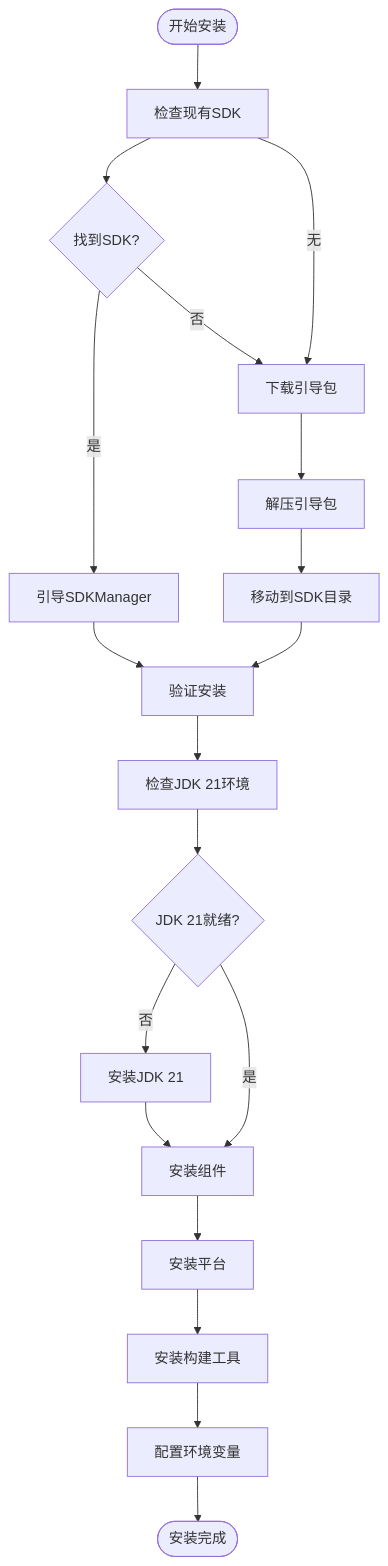
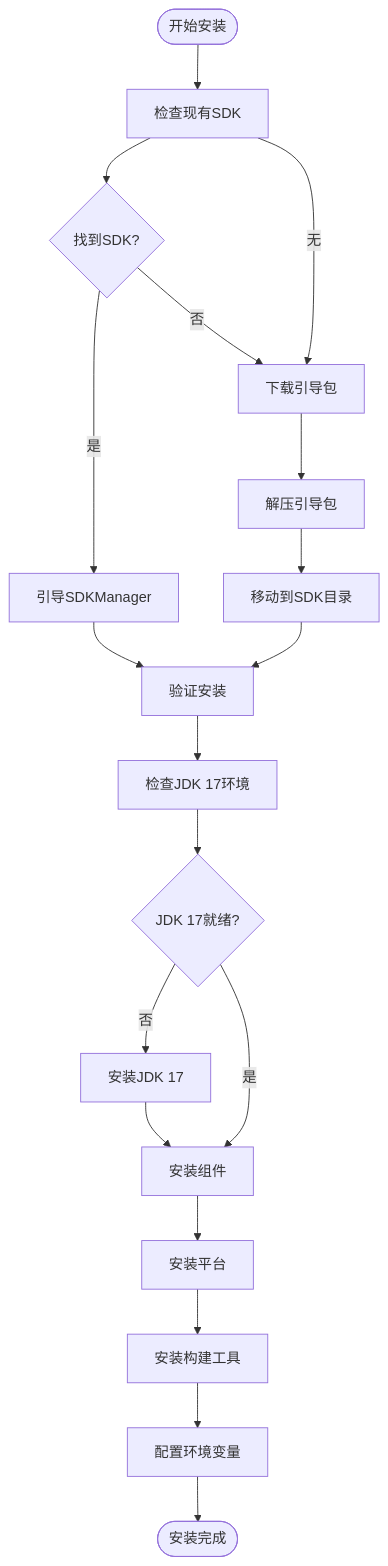
The ninth of 11 diagrams in .qoder/repowiki/zh/content/构建与部署/Windows PowerShell自动化.md (tea4go/Macro-Deck-Client-App), drawn with Mermaid before and after one commit. The commit also changed other lines of this file and 45 other files, not shown here.

````diff
--- a/.qoder/repowiki/zh/content/构建与部署/Windows PowerShell自动化.md
+++ b/.qoder/repowiki/zh/content/构建与部署/Windows PowerShell自动化.md
@@ -774,21 +819,21 @@
 ```mermaid
 flowchart TD
 Start([开始安装]) --> CheckSDK[检查现有SDK]
 CheckSDK --> FoundSDK{找到SDK?}
 FoundSDK --> |是| BootstrapSDK[引导SDKManager]
 FoundSDK --> |否| DownloadBoot[下载引导包]
 DownloadBoot --> ExtractBoot[解压引导包]
 ExtractBoot --> MoveBoot[移动到SDK目录]
 MoveBoot --> VerifyBoot[验证安装]
 BootstrapSDK --> VerifyBoot
-VerifyBoot --> CheckJava[检查JDK 21环境]
-CheckJava --> JavaOK{JDK 21就绪?}
-JavaOK --> |否| InstallJava[安装JDK 21]
+VerifyBoot --> CheckJava[检查JDK 17环境]
+CheckJava --> JavaOK{JDK 17就绪?}
+JavaOK --> |否| InstallJava[安装JDK 17]
 JavaOK --> |是| InstallComponents[安装组件]
 InstallJava --> InstallComponents
 InstallComponents --> InstallPlatform[安装平台]
 InstallPlatform --> InstallBuildTools[安装构建工具]
 InstallBuildTools --> ConfigEnv[配置环境变量]
 ConfigEnv --> Done([安装完成])
 CheckSDK --> |无| DownloadBoot
 ```
````
